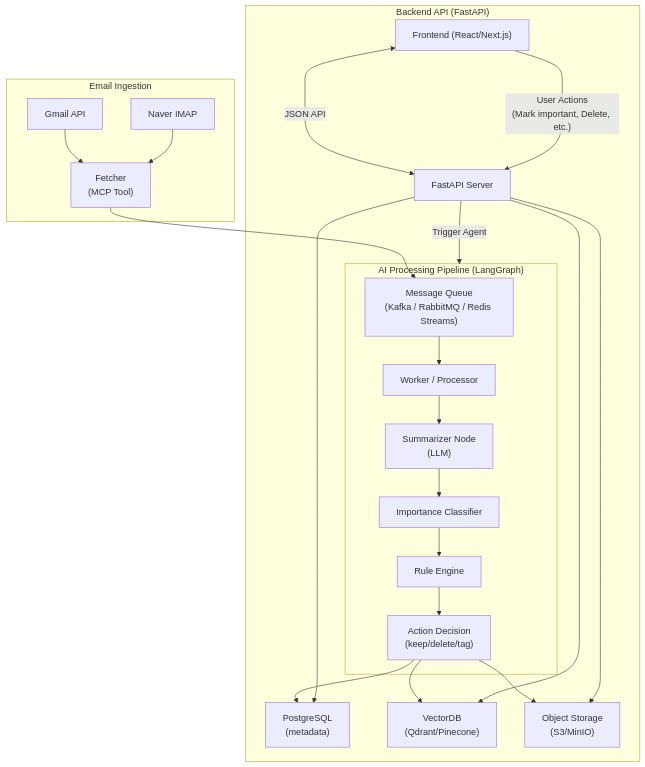
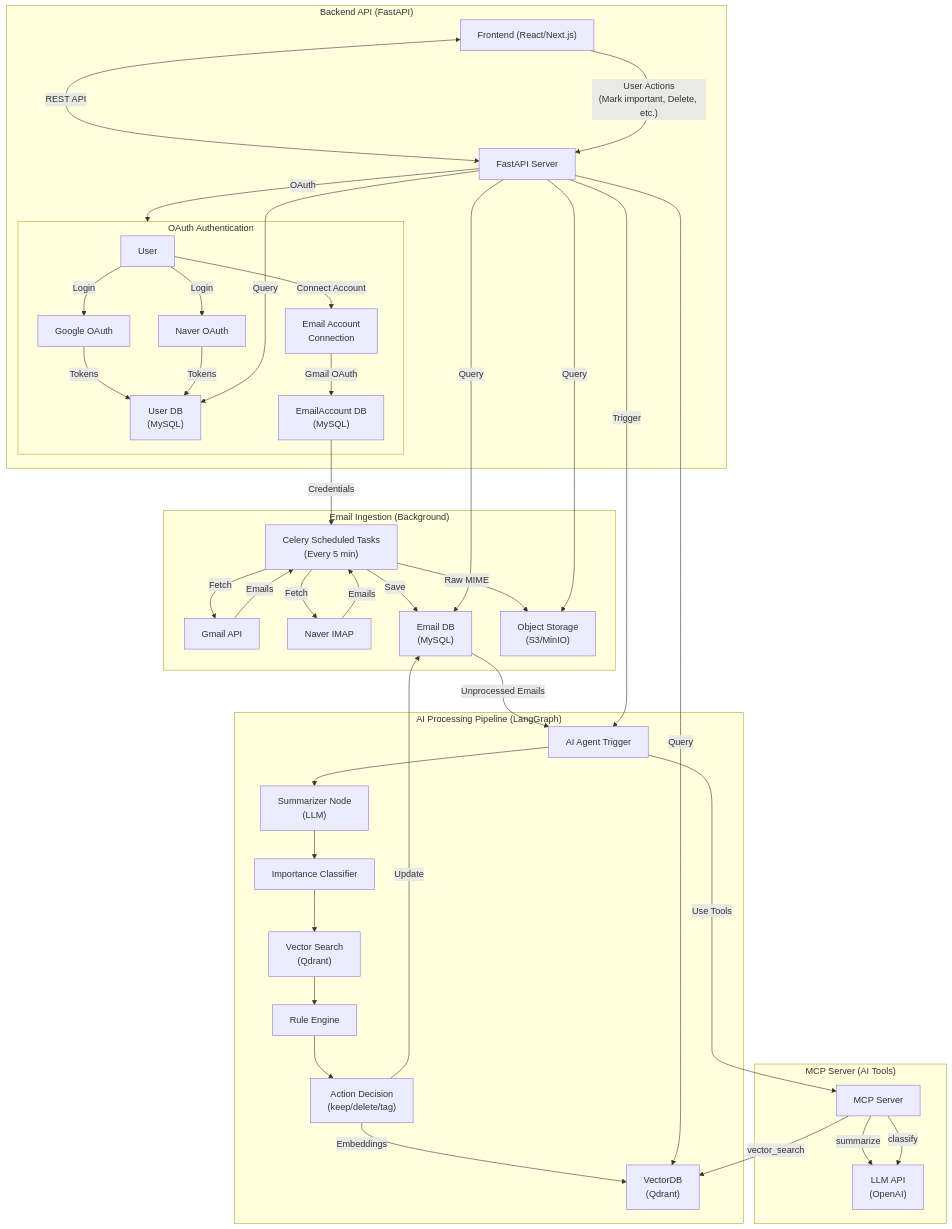
Before and after one commit to Tringles/email_agent: the diagram in README.md, drawn with Mermaid. The commit also changed other lines of this file and 50 other files, not shown here.

First line of the commit message:
Feature/email fetcher (#1)

````diff
--- a/README.md
+++ b/README.md
@@ -42,32 +110,53 @@
 ```mermaid
 flowchart TB
 
-    subgraph Ingestion["Email Ingestion"]
-        G["Gmail API"] --> F["Fetcher<br/>(MCP Tool)"]
-        N["Naver IMAP"] --> F
+    subgraph Auth["OAuth Authentication"]
+        U["User"] -->|"Login"| O1["Google OAuth"]
+        U -->|"Login"| O2["Naver OAuth"]
+        O1 -->|"Tokens"| UDB["User DB<br/>(MySQL)"]
+        O2 -->|"Tokens"| UDB
+        U -->|"Connect Account"| EA["Email Account<br/>Connection"]
+        EA -->|"Gmail OAuth"| EADB["EmailAccount DB<br/>(MySQL)"]
     end
 
-    F --> Q["Message Queue<br/>(Kafka / RabbitMQ / Redis Streams)"]
+    subgraph Ingestion["Email Ingestion (Background)"]
+        EADB -->|"Credentials"| CT["Celery Scheduled Tasks<br/>(Every 5 min)"]
+        CT -->|"Fetch"| G["Gmail API"]
+        CT -->|"Fetch"| N["Naver IMAP"]
+        G -->|"Emails"| CT
+        N -->|"Emails"| CT
+        CT -->|"Save"| EDB["Email DB<br/>(MySQL)"]
+        CT -->|"Raw MIME"| OS["Object Storage<br/>(S3/MinIO)"]
+    end
 
     subgraph Processing["AI Processing Pipeline (LangGraph)"]
-        Q --> W["Worker / Processor"]
-        W --> S1["Summarizer Node<br/>(LLM)"]
+        EDB -->|"Unprocessed Emails"| AG["AI Agent Trigger"]
+        AG --> S1["Summarizer Node<br/>(LLM)"]
         S1 --> S2["Importance Classifier"]
-        S2 --> S3["Rule Engine"]
-        S3 --> OUT["Action Decision<br/>(keep/delete/tag)"]
+        S2 --> S3["Vector Search<br/>(Qdrant)"]
+        S3 --> S4["Rule Engine"]
+        S4 --> OUT["Action Decision<br/>(keep/delete/tag)"]
+        OUT -->|"Update"| EDB
+        OUT -->|"Embeddings"| V["VectorDB<br/>(Qdrant)"]
     end
 
-    OUT --> D["PostgreSQL<br/>(metadata)"]
-    OUT --> V["VectorDB<br/>(Qdrant/Pinecone)"]
-    OUT --> OS["Object Storage<br/>(S3/MinIO)"]
+    subgraph API["Backend API (FastAPI)"]
+        FE["Frontend (React/Next.js)"] <-->|"REST API"| A1["FastAPI Server"]
+        A1 -->|"OAuth"| Auth
+        A1 -->|"Query"| UDB
+        A1 -->|"Query"| EDB
+        A1 -->|"Query"| V
+        A1 -->|"Query"| OS
+        A1 -->|"Trigger"| AG
+    end
 
-    subgraph API["Backend API (FastAPI)"]
-        FE["Frontend (React/Next.js)"] <-->|JSON API| A1["FastAPI Server"]
-        A1 --> D
-        A1 --> V
-        A1 --> OS
-        A1 -->|"Trigger Agent"| Processing
+    subgraph MCPTools["MCP Server (AI Tools)"]
+        MCP["MCP Server"] -->|"summarize"| LLM["LLM API<br/>(OpenAI)"]
+        MCP -->|"classify"| LLM
+        MCP -->|"vector_search"| V
     end
+    
+    AG -->|"Use Tools"| MCP
 
     FE --->|"User Actions<br/>(Mark important, Delete, etc.)"| A1
 ```
````
